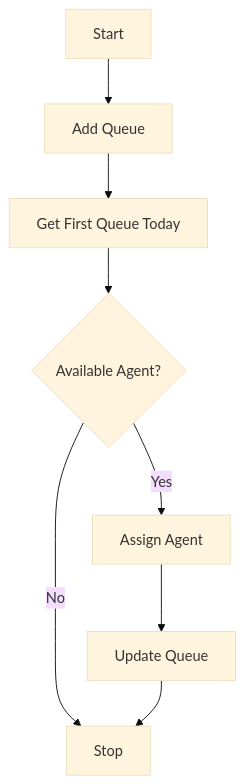
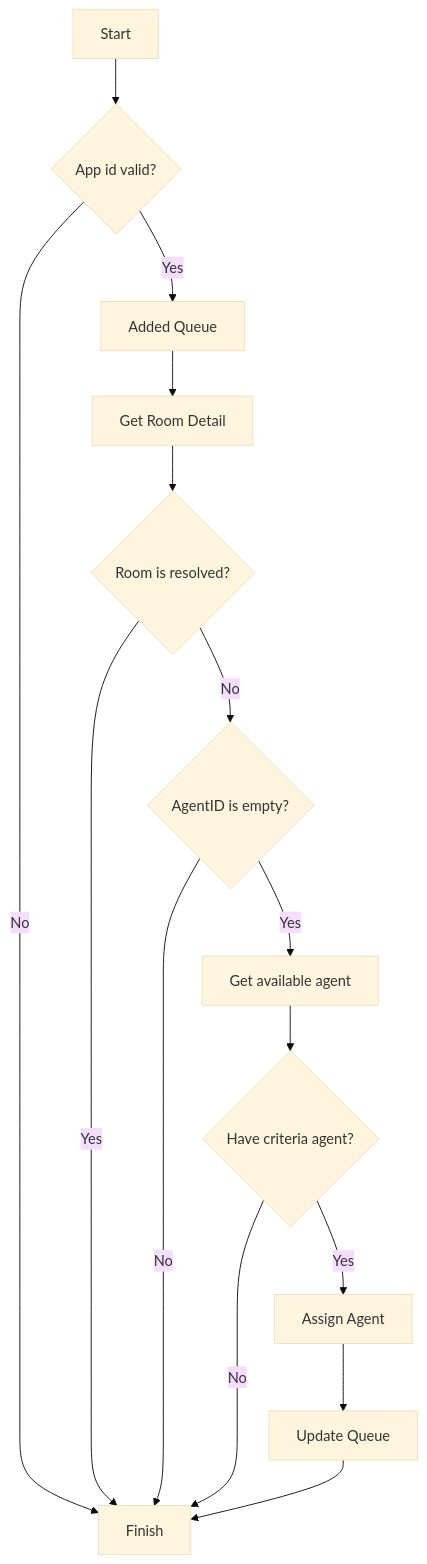
One commit to aguunng/caa-test changed the fourth of 5 diagrams in docs/room.md. Above: the diagram before and after it, drawn with Mermaid (base theme). The commit also changed other lines of this file and 1 other file, not shown here.

````diff
--- a/docs/room.md
+++ b/docs/room.md
@@ -6,10 +71,17 @@
 ```mermaid
 flowchart TD
-    A[Start] --> B[Add Queue]
-    B --> C[Get First Queue Today]
-    C --> D{Available Agent?}
-    D -->|No| Z[Stop]
-    D -->|Yes| E[Assign Agent]
-    E -->G[Update Queue]
-    G -->Z[Stop]
+    A[Start] --> B{App id valid?}
+    B -->|No| Z[Finish]
+    B -->|Yes| C[Added Queue]
+    C --> D[Get Room Detail]
+    D --> E{Room is resolved?}
+    E -->|No| F{AgentID is empty?}
+    E -->|Yes| Z[Finish]
+    F -->|No| Z[Finish]
+    F -->|Yes| G[Get available agent]
+    G --> H{Have criteria agent?}
+    H -->|No| Z[Finish]
+    H -->|Yes| I[Assign Agent]
+    I -->J[Update Queue]
+    J -->Z[Finish]
 ```
````
